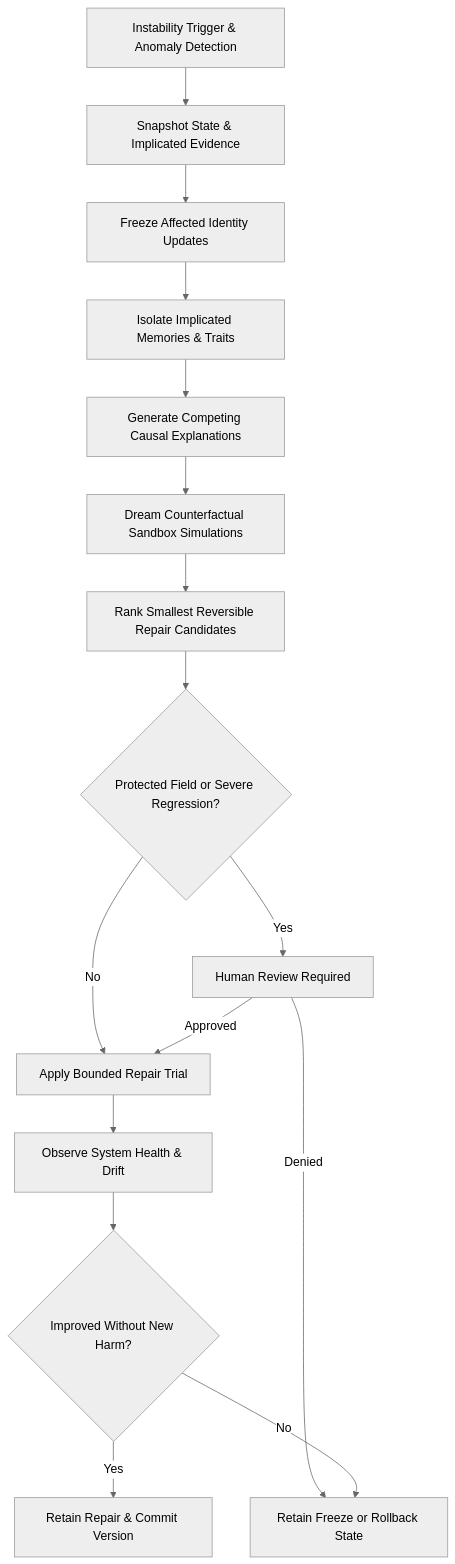
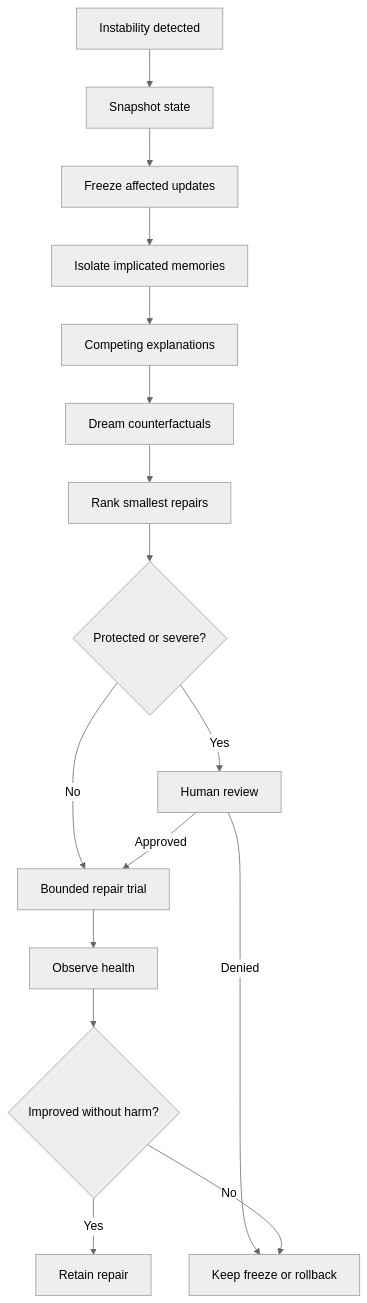
The fifth of 8 diagrams in docs/ARCHITECTURE.md (Azhonaras/soul-engine), drawn with Mermaid (neutral theme) before and after one commit. The commit also changed other lines of this file and 6 other files, not shown here.

First line of the commit message:
docs: tighten Mermaid for GitHub and cap mypy below 2.

````diff
--- a/docs/ARCHITECTURE.md
+++ b/docs/ARCHITECTURE.md
@@ -366,20 +373,18 @@
 ```mermaid
 flowchart TD
-    T["Instability Trigger & Anomaly Detection"] --> S["Snapshot State & Implicated Evidence"]
-    S --> F["Freeze Affected Identity Updates"]
-    F --> I["Isolate Implicated Memories & Traits"]
-
-    I --> C["Generate Competing Causal Explanations"]
-    C --> D["Dream Counterfactual Sandbox Simulations"]
-    D --> R["Rank Smallest Reversible Repair Candidates"]
-
-    R --> G{"Protected Field or Severe Regression?"}
-    G -->|Yes| H["Human Review Required"]
-    G -->|No| P["Apply Bounded Repair Trial"]
-    H -->|Approved| P
-    H -->|Denied| X["Retain Freeze or Rollback State"]
-    P --> O["Observe System Health & Drift"]
-    O --> B{"Improved Without New Harm?"}
-    B -->|Yes| K["Retain Repair & Commit Version"]
-    B -->|No| X
+    trigger["Instability detected"] --> snapshot["Snapshot state"]
+    snapshot --> freeze["Freeze affected updates"]
+    freeze --> isolate["Isolate implicated memories"]
+    isolate --> causes["Competing explanations"]
+    causes --> dreamSim["Dream counterfactuals"]
+    dreamSim --> rank["Rank smallest repairs"]
+    rank --> gate{"Protected or severe?"}
+    gate -->|Yes| human["Human review"]
+    gate -->|No| trial["Bounded repair trial"]
+    human -->|Approved| trial
+    human -->|Denied| hold["Keep freeze or rollback"]
+    trial --> observe["Observe health"]
+    observe --> better{"Improved without harm?"}
+    better -->|Yes| keep["Retain repair"]
+    better -->|No| hold
 ```
````
